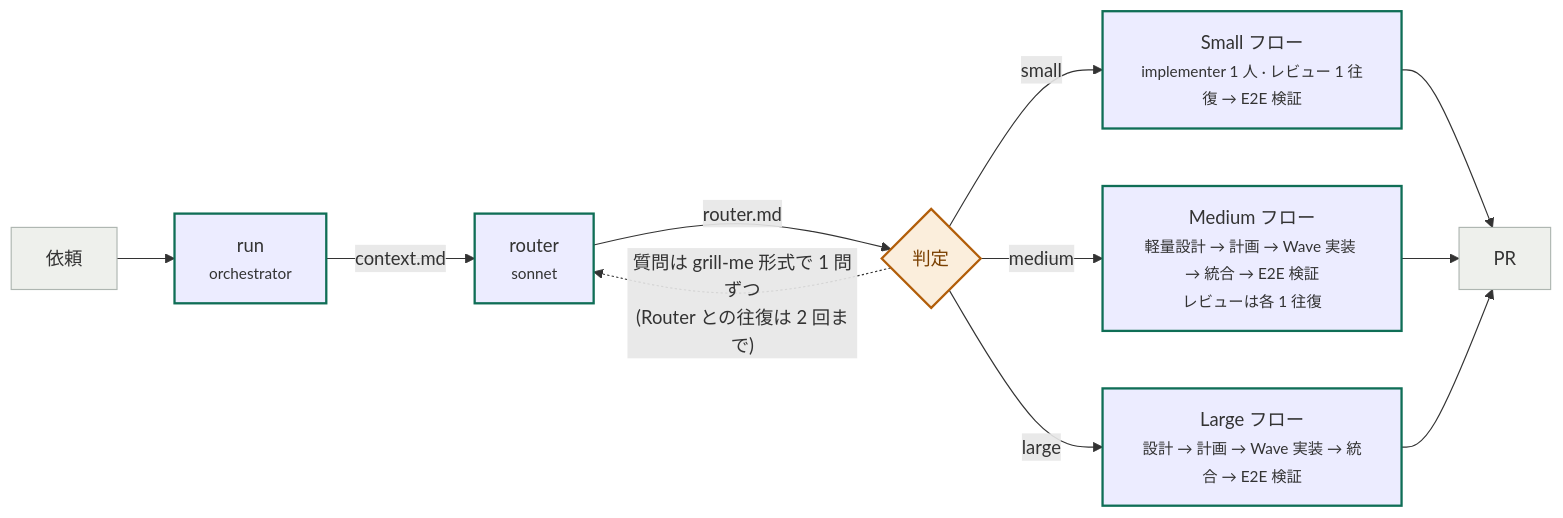
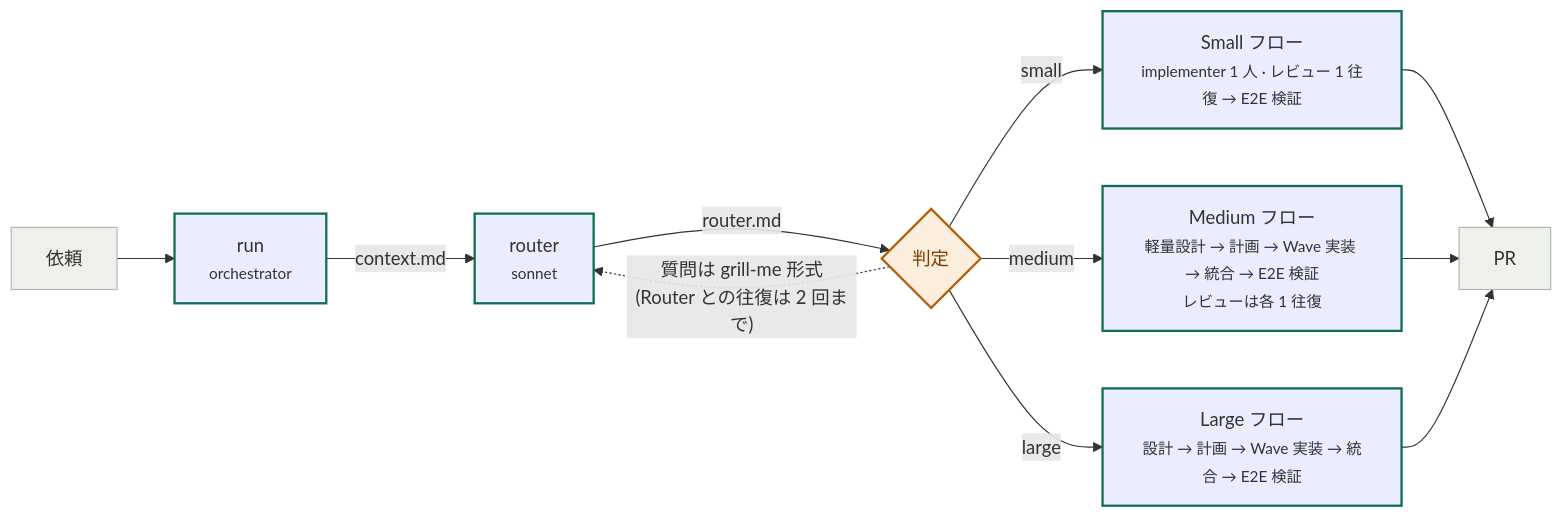
The first of 12 diagrams in docs/tama-cc-devflow.md (tamashiro-syuta/tama-cc-kit), drawn with Mermaid before and after one commit. The commit also changed other lines of this file and 8 other files, not shown here.

````diff
--- a/docs/tama-cc-devflow.md
+++ b/docs/tama-cc-devflow.md
@@ -51,21 +52,21 @@
 ```mermaid
 flowchart LR
     classDef agent stroke:#0f6e56,stroke-width:2px
     classDef human fill:#fbeedc,stroke:#b25e0a,stroke-width:2px,color:#7a3f00
     classDef plain fill:#eef0ec,stroke:#aeb6b1
 
     req[依頼]:::plain
     run["run<br/><small>orchestrator</small>"]:::agent
     router["router<br/><small>sonnet</small>"]:::agent
     judge{判定}:::human
     small["Small フロー<br/><small>implementer 1 人 · レビュー 1 往復 → E2E 検証</small>"]:::agent
     medium["Medium フロー<br/><small>軽量設計 → 計画 → Wave 実装 → 統合 → E2E 検証<br/>レビューは各 1 往復</small>"]:::agent
     large["Large フロー<br/><small>設計 → 計画 → Wave 実装 → 統合 → E2E 検証</small>"]:::agent
     pr[PR]:::plain
 
     req --> run -- context.md --> router -- router.md --> judge
     judge -- small --> small --> pr
     judge -- medium --> medium --> pr
     judge -- large --> large --> pr
-    judge -. "質問は grill-me 形式で 1 問ずつ<br/>(Router との往復は 2 回まで)" .-> router
+    judge -. "質問は grill-me 形式<br/>(Router との往復は 2 回まで)" .-> router
 ```
````
